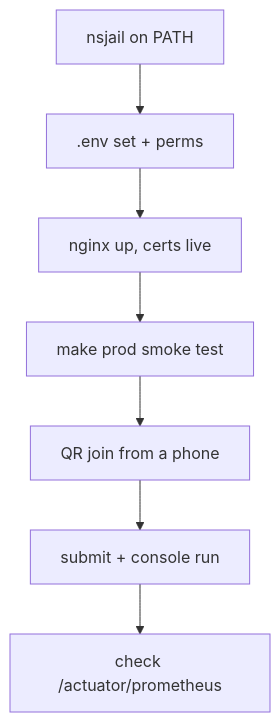
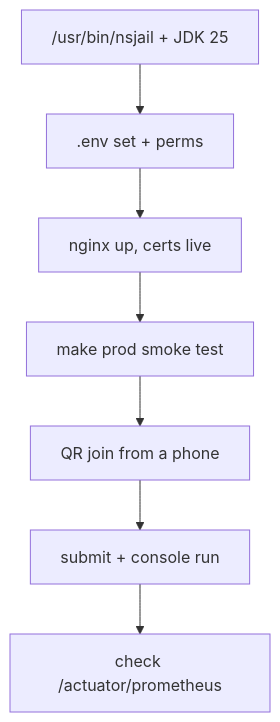
Before and after one commit to richie-rich90454/SprintJudge: the second of 2 diagrams in docs/deployment.md, drawn with Mermaid. The commit also changed other lines of this file and 21 other files, not shown here.

````diff
--- a/docs/deployment.md
+++ b/docs/deployment.md
@@ -120,9 +147,9 @@
 ```mermaid
 flowchart TB
-    A["nsjail on PATH"] --> B[".env set + perms"]
+    A["/usr/bin/nsjail + JDK 25"] --> B[".env set + perms"]
     B --> C["nginx up, certs live"]
     C --> D["make prod smoke test"]
     D --> E["QR join from a phone"]
     E --> F["submit + console run"]
     F --> G["check /actuator/prometheus"]
 ```
````
